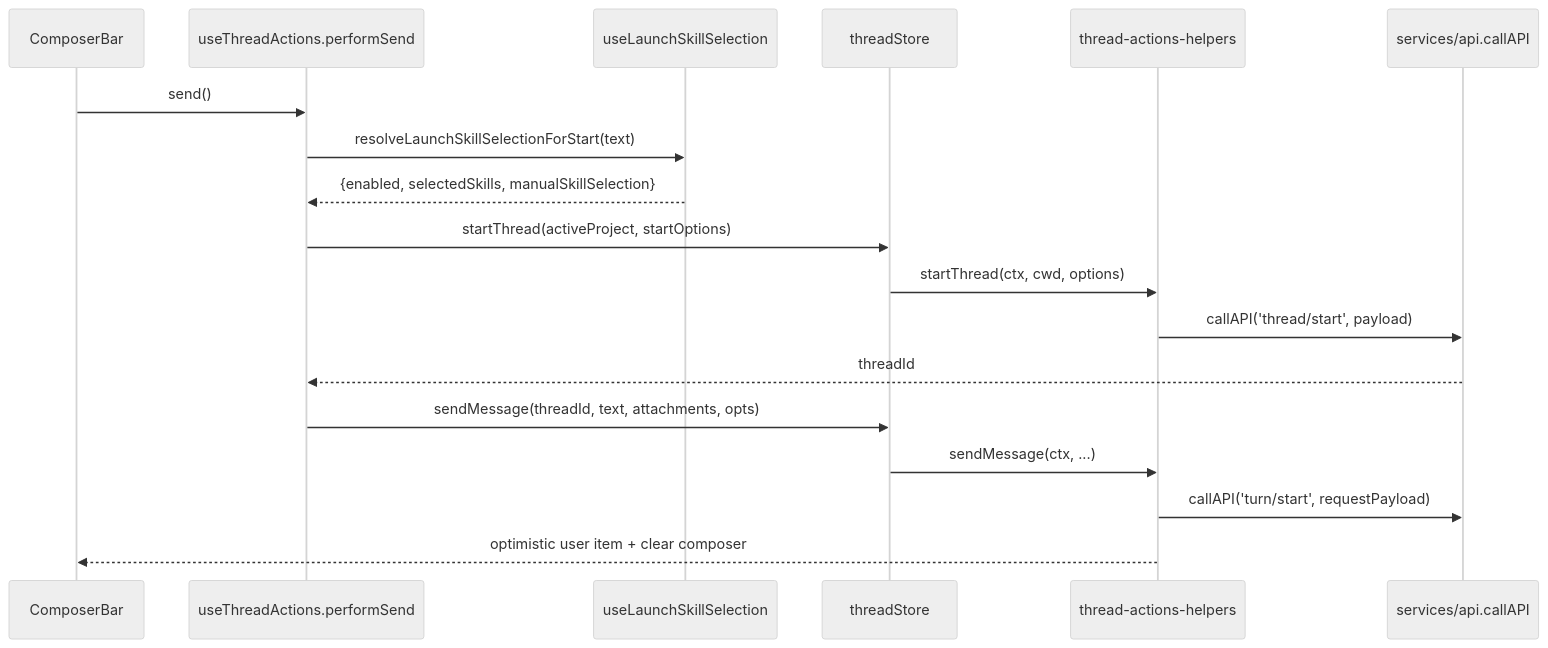
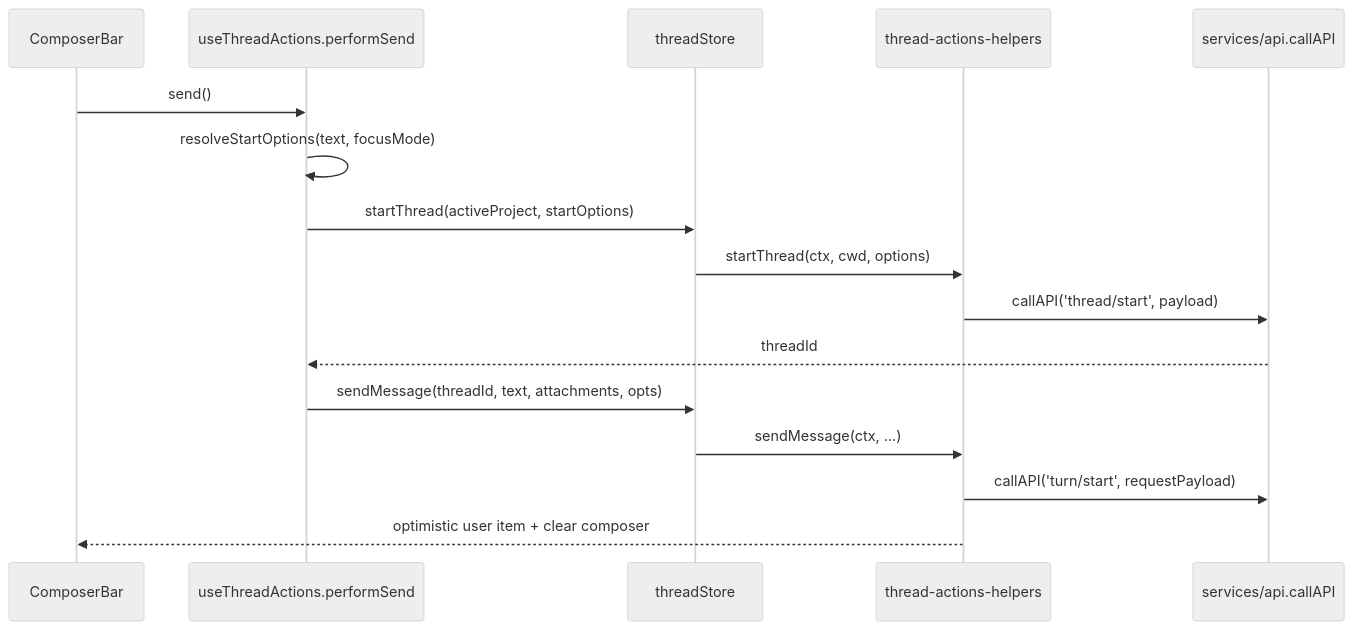
The second of 3 diagrams in docs/doc/codemap/01-terminal-ui-vue.md (lihah111222333-cloud/Super-Dolphin-Agent-Cockpit), drawn with Mermaid (neutral theme) before and after one commit. The commit also changed other lines of this file and 40 other files, not shown here.

Commit message:
refactor(skill): remove chat skill selection pipeline

````diff
--- a/docs/doc/codemap/01-terminal-ui-vue.md
+++ b/docs/doc/codemap/01-terminal-ui-vue.md
@@ -111,20 +107,18 @@
 ```mermaid
 sequenceDiagram
   participant U as ComposerBar
   participant A as useThreadActions.performSend
-  participant L as useLaunchSkillSelection
   participant T as threadStore
   participant H as thread-actions-helpers
   participant R as services/api.callAPI
   U->>A: send()
-  A->>L: resolveLaunchSkillSelectionForStart(text)
-  L-->>A: {enabled, selectedSkills, manualSkillSelection}
+  A->>A: resolveStartOptions(text, focusMode)
   A->>T: startThread(activeProject, startOptions)
   T->>H: startThread(ctx, cwd, options)
   H->>R: callAPI('thread/start', payload)
   R-->>A: threadId
   A->>T: sendMessage(threadId, text, attachments, opts)
   T->>H: sendMessage(ctx, ...)
   H->>R: callAPI('turn/start', requestPayload)
   H-->>U: optimistic user item + clear composer
 ```
````
